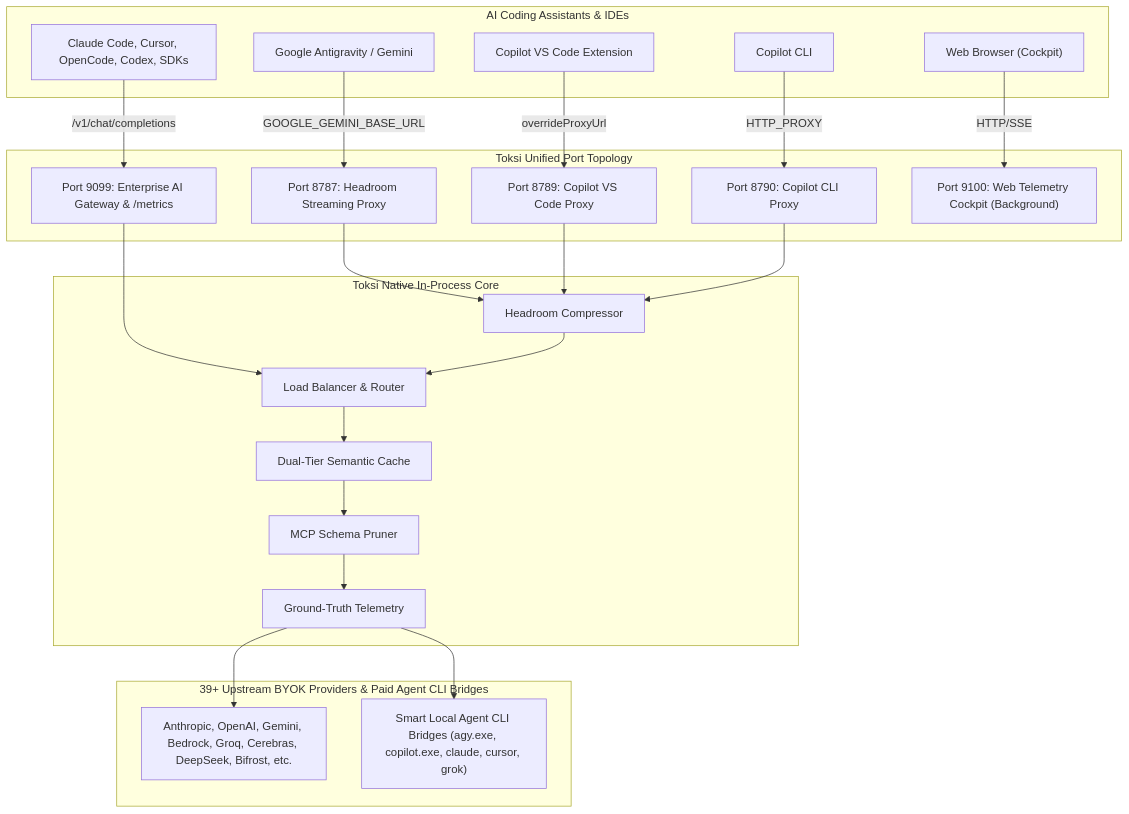
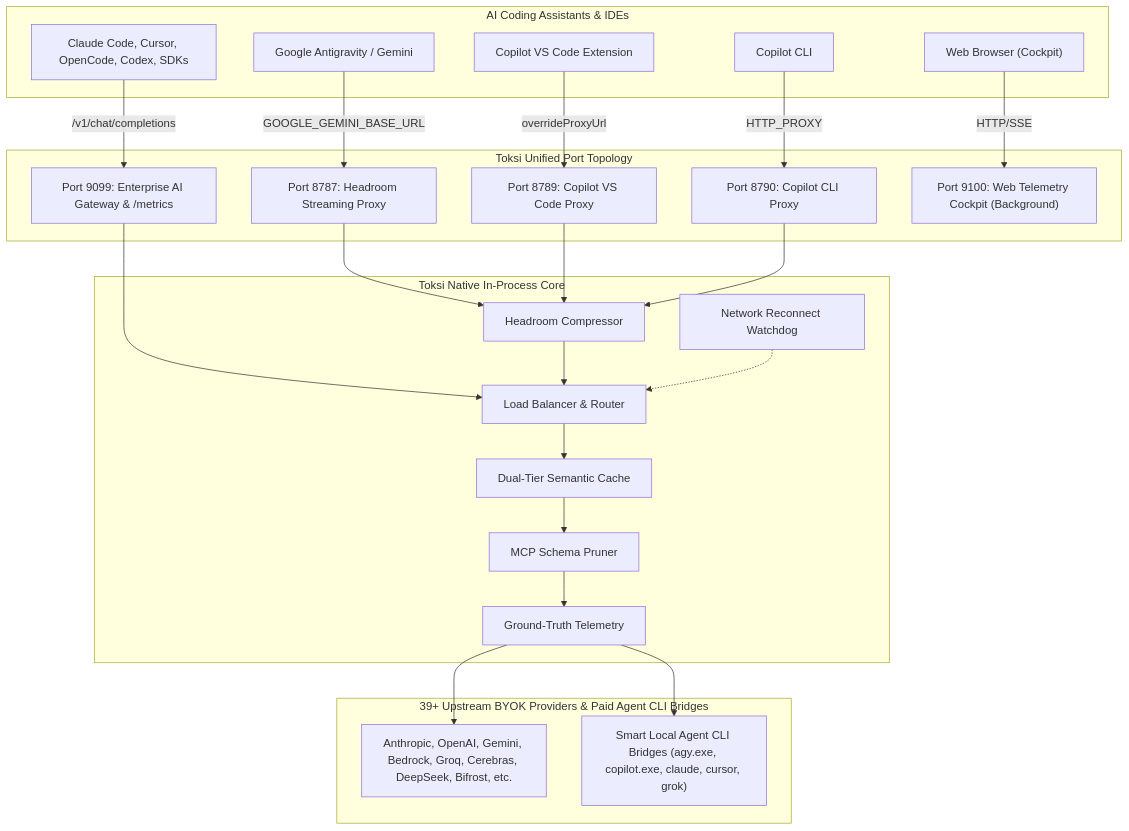
The diagram in crates/toksi/CONSOLIDATION_PLAN.md (Navegos/neo), drawn with Mermaid before and after one commit. The commit also changed other lines of this file and 16 other files, not shown here.

Commit message:
chore: Update PLAN.md for v3.4 - Enhance system architecture details, improve agent integration descriptions, and refine operational conventions

````diff
--- a/crates/toksi/CONSOLIDATION_PLAN.md
+++ b/crates/toksi/CONSOLIDATION_PLAN.md
@@ -304,50 +387,52 @@
 ```mermaid
 flowchart TD
     subgraph ClientLayer["AI Coding Assistants & IDEs"]
         Antigravity["Google Antigravity / Gemini"]
         CopilotVS["Copilot VS Code Extension"]
         CopilotCLI["Copilot CLI"]
         SDKAgents["Claude Code, Cursor, OpenCode, Codex, SDKs"]
         Browser["Web Browser (Cockpit)"]
     end
 
     subgraph ToksiPorts["Toksi Unified Port Topology"]
         P8787["Port 8787: Headroom Streaming Proxy"]
         P8789["Port 8789: Copilot VS Code Proxy"]
         P8790["Port 8790: Copilot CLI Proxy"]
         P9099["Port 9099: Enterprise AI Gateway & /metrics"]
         P9100["Port 9100: Web Telemetry Cockpit (Background)"]
     end
 
     subgraph Engine["Toksi Native In-Process Core"]
         LB["Load Balancer & Router"]
         Cache["Dual-Tier Semantic Cache"]
         Pruner["MCP Schema Pruner"]
         Compress["Headroom Compressor"]
         Telemetry["Ground-Truth Telemetry"]
+        Watchdog["Network Reconnect Watchdog"]
     end
 
     subgraph Providers["39+ Upstream BYOK Providers & Paid Agent CLI Bridges"]
         Upstream["Anthropic, OpenAI, Gemini, Bedrock, Groq, Cerebras, DeepSeek, Bifrost, etc."]
         AgentCLIs["Smart Local Agent CLI Bridges (agy.exe, copilot.exe, claude, cursor, grok)"]
     end
 
     Antigravity -->|"GOOGLE_GEMINI_BASE_URL"| P8787
     CopilotVS -->|"overrideProxyUrl"| P8789
     CopilotCLI -->|"HTTP_PROXY"| P8790
     SDKAgents -->|"/v1/chat/completions"| P9099
     Browser -->|"HTTP/SSE"| P9100
 
     P8787 --> Compress
     P8789 --> Compress
     P8790 --> Compress
     P9099 --> LB
 
     Compress --> LB
     LB --> Cache
     Cache --> Pruner
     Pruner --> Telemetry
+    Watchdog -.-> LB
 
     Telemetry --> Upstream
     Telemetry --> AgentCLIs
 ```
````
